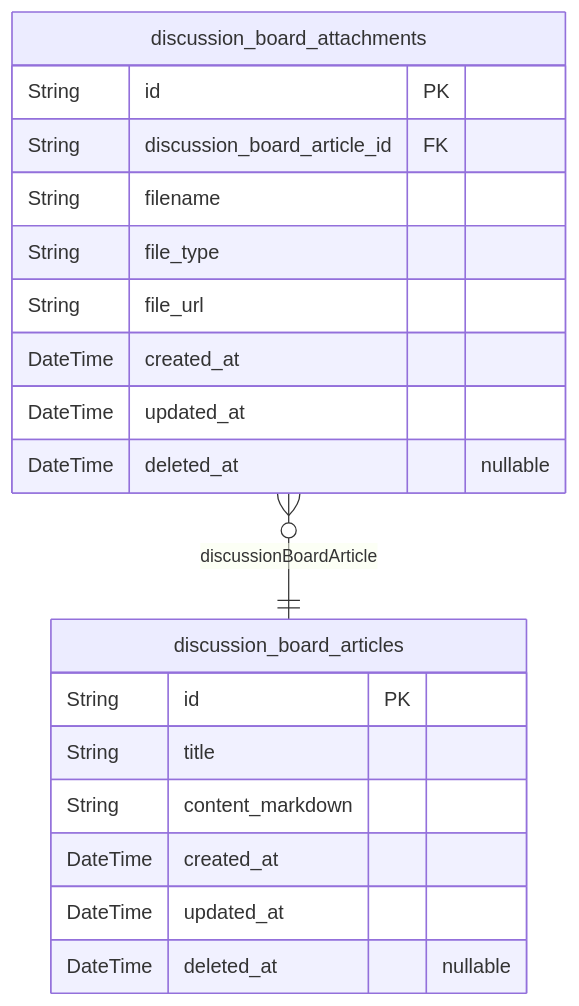
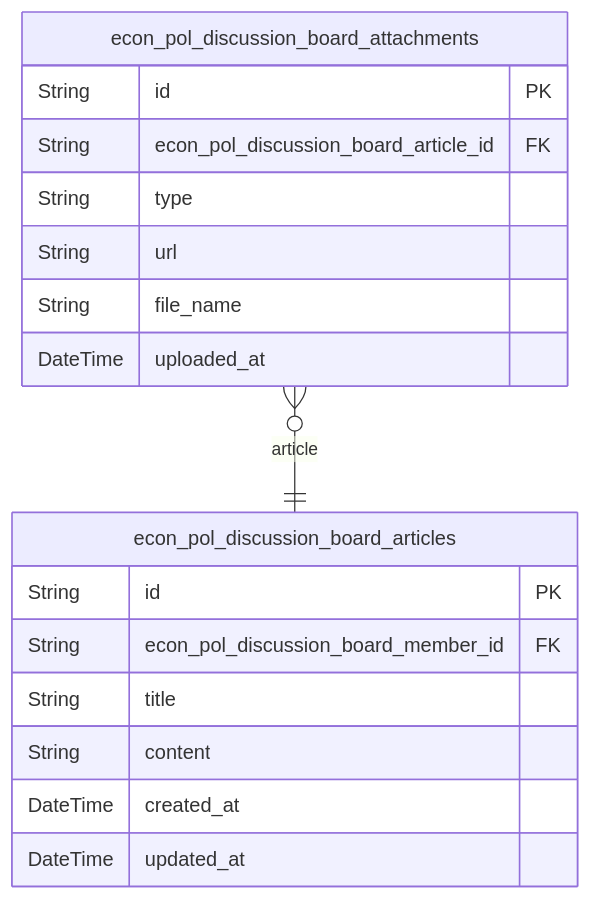
The second of 3 diagrams in openai/gpt-4.1-mini/bbs/docs/ERD.md (wrtnlabs/autobe-examples), drawn with Mermaid before and after one commit. The commit also changed other lines of this file and 22498 other files, not shown here.

````diff
--- a/openai/gpt-4.1-mini/bbs/docs/ERD.md
+++ b/openai/gpt-4.1-mini/bbs/docs/ERD.md
@@ -145,22 +181,20 @@
 ```mermaid
 erDiagram
-"discussion_board_articles" {
+"econ_pol_discussion_board_articles" {
   String id PK
+  String econ_pol_discussion_board_member_id FK
   String title
-  String content_markdown
+  String content
   DateTime created_at
   DateTime updated_at
-  DateTime deleted_at "nullable"
 }
-"discussion_board_attachments" {
+"econ_pol_discussion_board_attachments" {
   String id PK
-  String discussion_board_article_id FK
-  String filename
-  String file_type
-  String file_url
-  DateTime created_at
-  DateTime updated_at
-  DateTime deleted_at "nullable"
+  String econ_pol_discussion_board_article_id FK
+  String type
+  String url
+  String file_name
+  DateTime uploaded_at
 }
-"discussion_board_attachments" }o--|| "discussion_board_articles" : discussionBoardArticle
+"econ_pol_discussion_board_attachments" }o--|| "econ_pol_discussion_board_articles" : article
 ```
````
